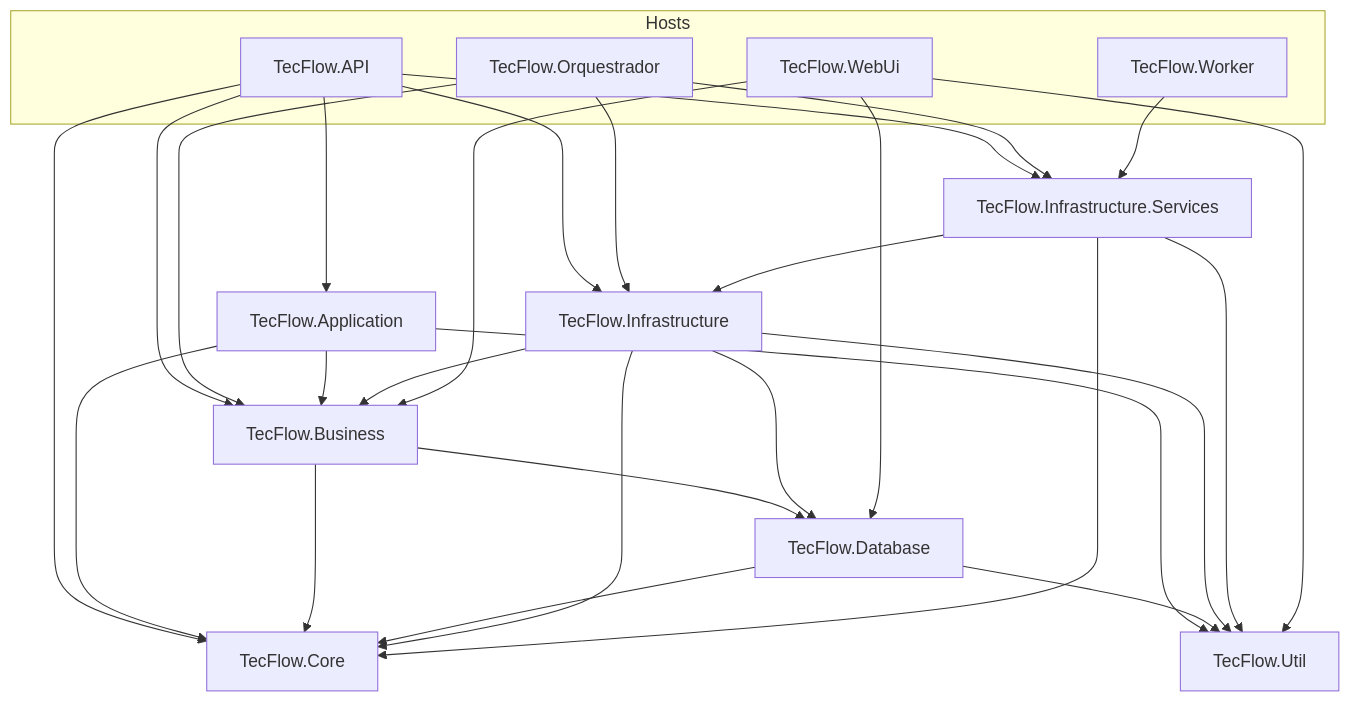
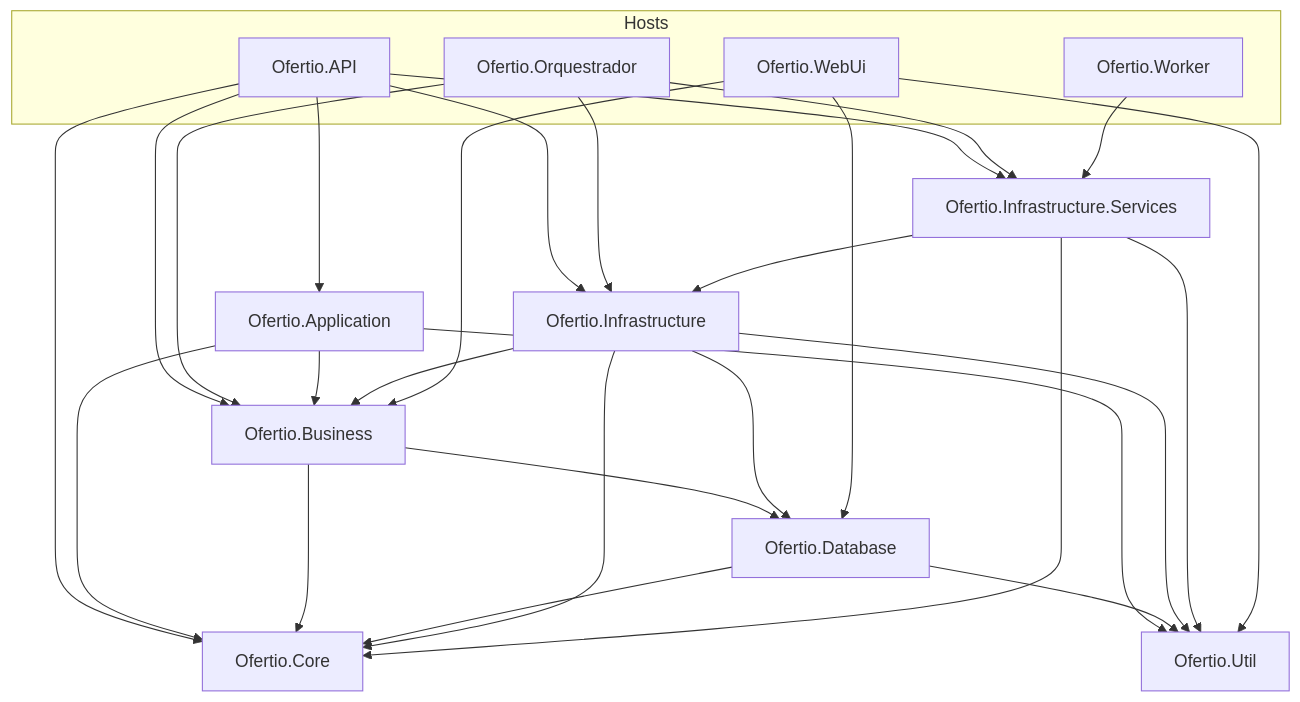
Before and after one commit to ronyaraujodeveloper/TecFlow: the fifth of 29 diagrams in docs/DIAGRAMAS_ARQUITETURA.md, drawn with Mermaid. The commit also changed other lines of this file and 2495 other files, not shown here.

First line of the commit message:
refactor!: migra marca TecFlow para Ofertio

````diff
--- a/docs/DIAGRAMAS_ARQUITETURA.md
+++ b/docs/DIAGRAMAS_ARQUITETURA.md
@@ -549,43 +552,43 @@
 ```mermaid
 flowchart TB
   subgraph hosts [Hosts]
-    API[TecFlow.API]
-    ORQ[TecFlow.Orquestrador]
-    WEBUI[TecFlow.WebUi]
-    WRK[TecFlow.Worker]
+    API[Ofertio.API]
+    ORQ[Ofertio.Orquestrador]
+    WEBUI[Ofertio.WebUi]
+    WRK[Ofertio.Worker]
   end
-  APP[TecFlow.Application]
-  BUS[TecFlow.Business]
-  DB[TecFlow.Database]
-  CORE[TecFlow.Core]
-  INF[TecFlow.Infrastructure]
-  INFSVC[TecFlow.Infrastructure.Services]
-  UTIL[TecFlow.Util]
+  APP[Ofertio.Application]
+  BUS[Ofertio.Business]
+  DB[Ofertio.Database]
+  CORE[Ofertio.Core]
+  INF[Ofertio.Infrastructure]
+  INFSVC[Ofertio.Infrastructure.Services]
+  UTIL[Ofertio.Util]
 
   API --> APP
   API --> BUS
   API --> CORE
   API --> INF
   API --> INFSVC
   ORQ --> BUS
   ORQ --> INF
   ORQ --> INFSVC
   APP --> BUS
   APP --> CORE
   APP --> UTIL
   BUS --> CORE
   BUS --> DB
   DB --> CORE
   DB --> UTIL
   INF --> BUS
   INF --> CORE
   INF --> DB
   INF --> UTIL
   INFSVC --> CORE
   INFSVC --> INF
   INFSVC --> UTIL
   WEBUI --> BUS
   WEBUI --> DB
   WEBUI --> UTIL
   WRK --> INFSVC
 ```
````
